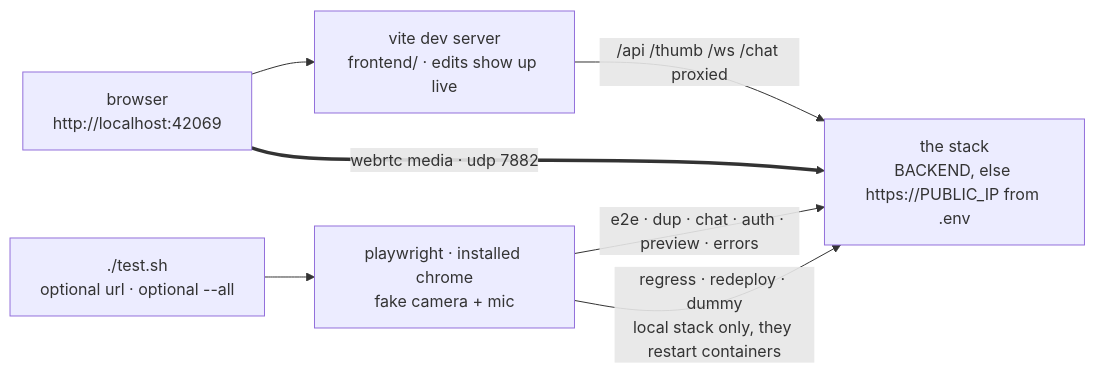
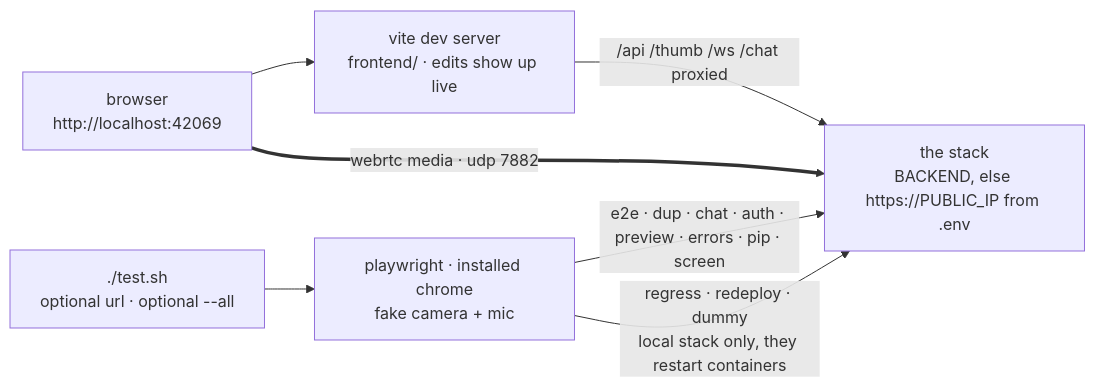
The tenth of 10 diagrams in docs/architecture-picture.md (ZeroNerodaHero/slop-stream-architecture), drawn with Mermaid before and after one commit. The commit also changed other lines of this file and 66 other files, not shown here.

````diff
--- a/docs/architecture-picture.md
+++ b/docs/architecture-picture.md
@@ -332,10 +348,10 @@
 ```mermaid
 flowchart LR
   dev["browser<br/>http://localhost:42069"] --> vite["vite dev server<br/>frontend/ · edits show up live"]
   vite -->|"/api /thumb /ws /chat proxied"| stack["the stack<br/>BACKEND, else https://PUBLIC_IP from .env"]
   dev ==>|"webrtc media · udp 7882"| stack
 
   ts["./test.sh<br/>optional url · optional --all"] --> pw["playwright · installed chrome<br/>fake camera + mic"]
-  pw -->|"e2e · dup · chat · auth · preview · errors"| stack
+  pw -->|"e2e · dup · chat · auth · preview · errors · pip · screen"| stack
   pw -->|"regress · redeploy · dummy<br/>local stack only, they restart containers"| stack
 ```
````
